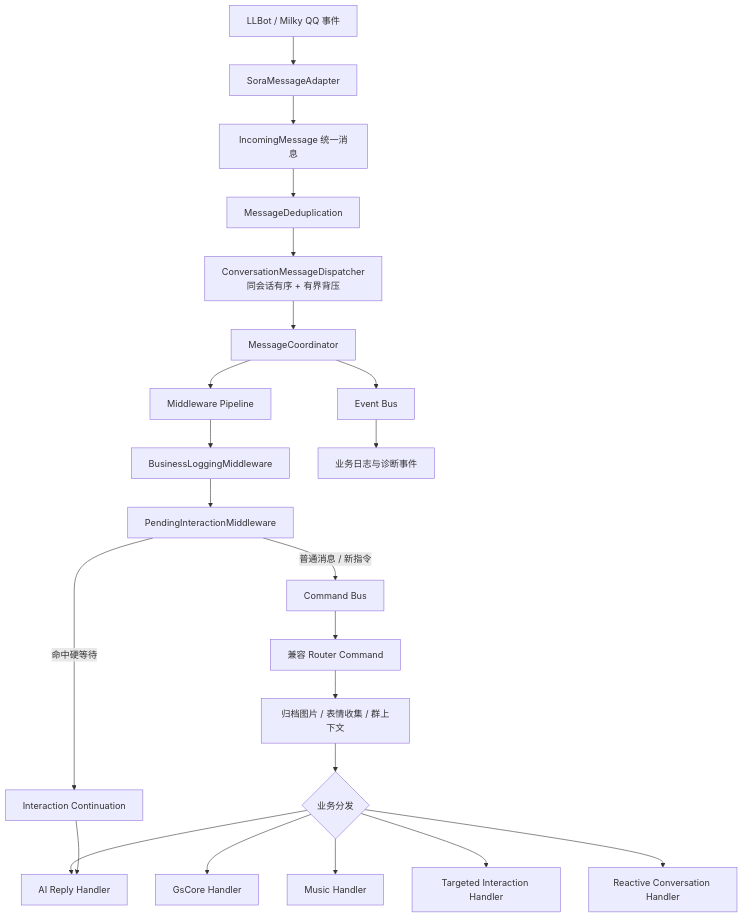
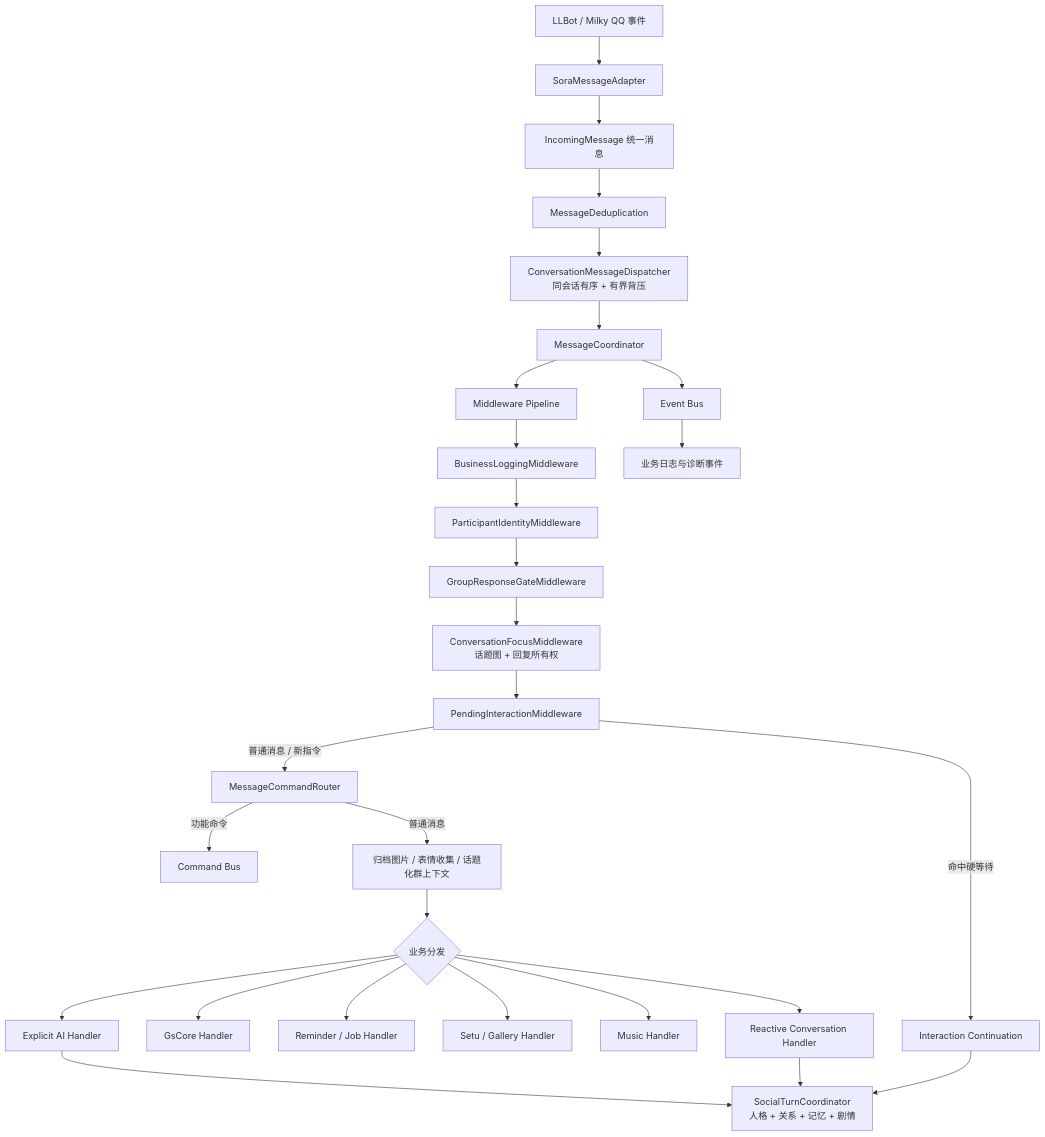
The diagram in Hime/docs/architecture-scheme-b.md (w648121/yangyang-BOT), drawn with Mermaid before and after one commit. The commit also changed other lines of this file and 119 other files, not shown here.

````diff
--- a/Hime/docs/architecture-scheme-b.md
+++ b/Hime/docs/architecture-scheme-b.md
@@ -5,24 +5,30 @@
 ```mermaid
 flowchart TD
     QQ["LLBot / Milky QQ 事件"] --> SA["SoraMessageAdapter"]
     SA --> NM["IncomingMessage 统一消息"]
     NM --> DD["MessageDeduplication"]
     DD --> CQ["ConversationMessageDispatcher\n同会话有序 + 有界背压"]
     CQ --> MC["MessageCoordinator"]
     MC --> PL["Middleware Pipeline"]
     PL --> BL["BusinessLoggingMiddleware"]
-    BL --> IW["PendingInteractionMiddleware"]
+    BL --> PI["ParticipantIdentityMiddleware"]
+    PI --> GG["GroupResponseGateMiddleware"]
+    GG --> CF["ConversationFocusMiddleware\n话题图 + 回复所有权"]
+    CF --> IW["PendingInteractionMiddleware"]
     IW -->|"命中硬等待"| IC["Interaction Continuation"]
-    IW -->|"普通消息 / 新指令"| CB["Command Bus"]
-    CB --> LG["兼容 Router Command"]
-    LG --> PRE["归档图片 / 表情收集 / 群上下文"]
+    IW -->|"普通消息 / 新指令"| CR["MessageCommandRouter"]
+    CR -->|"功能命令"| CB["Command Bus"]
+    CR -->|"普通消息"| PRE["归档图片 / 表情收集 / 话题化群上下文"]
     PRE --> BIZ{"业务分发"}
     BIZ --> GS["GsCore Handler"]
+    BIZ --> JOB["Reminder / Job Handler"]
+    BIZ --> IMG["Setu / Gallery Handler"]
     BIZ --> MU["Music Handler"]
-    BIZ --> TI["Targeted Interaction Handler"]
+    BIZ --> EX["Explicit AI Handler"]
     BIZ --> RC["Reactive Conversation Handler"]
-    BIZ --> AI["AI Reply Handler"]
+    EX --> ST["SocialTurnCoordinator\n人格 + 关系 + 记忆 + 剧情"]
+    RC --> ST
     MC --> EB["Event Bus"]
     EB --> DIAG["业务日志与诊断事件"]
-    IC --> AI
+    IC --> ST
 ```
````
